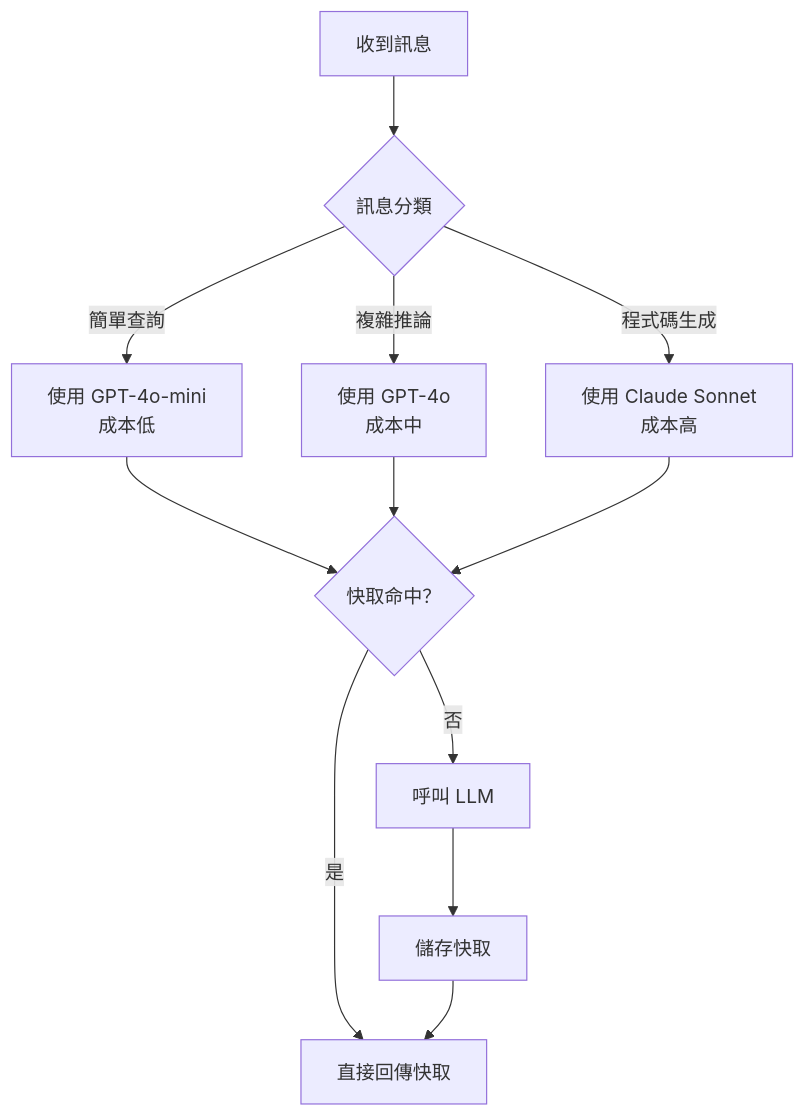
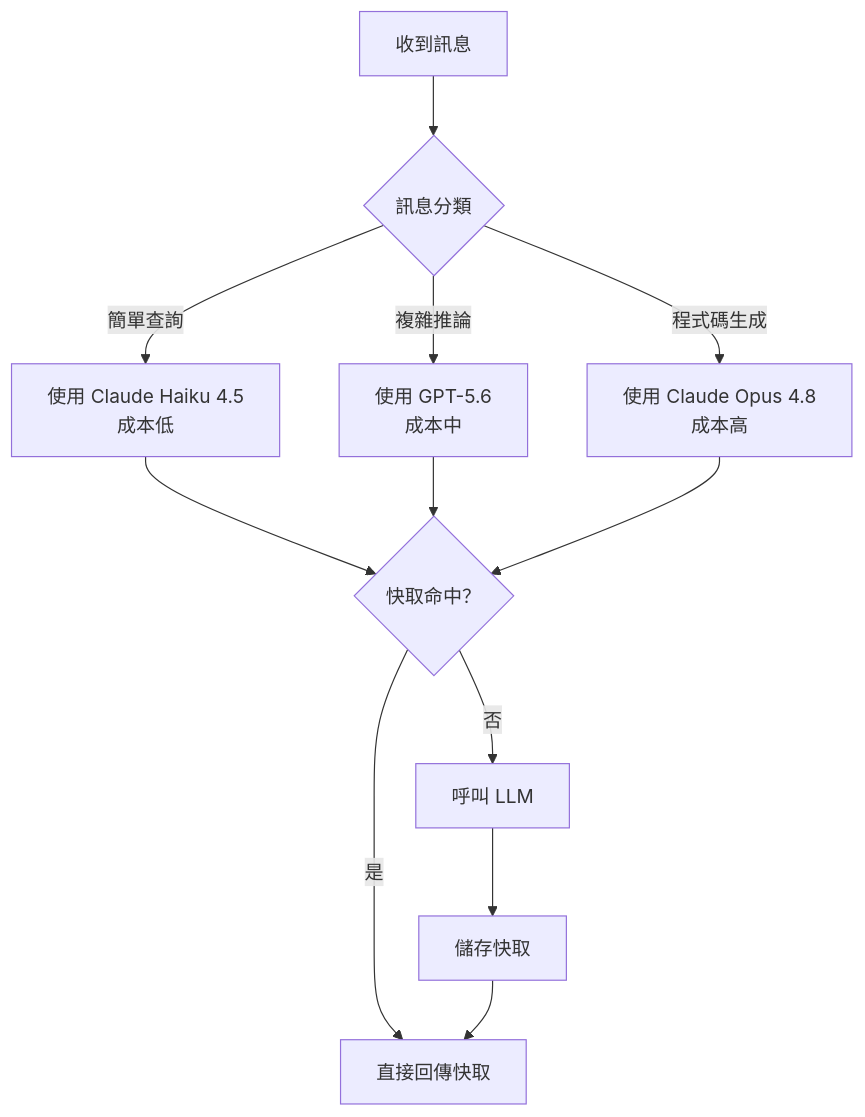
One commit to chihhung/Blog changed diagram 29 of 51 in content/posts/教學/AI開發/OpenClaw生態系教學手冊.md. Above: the diagram before and after it, drawn with Mermaid. The commit also changed other lines of this file and 6 other files, not shown here.

````diff
--- a/content/posts/教學/AI開發/OpenClaw生態系教學手冊.md
+++ b/content/posts/教學/AI開發/OpenClaw生態系教學手冊.md
@@ -5097,16 +5132,16 @@
 ```mermaid
 flowchart TD
     MSG[收到訊息] --> CLASSIFY{訊息分類}
-    CLASSIFY -->|簡單查詢| FAST[使用 GPT-4o-mini<br>成本低]
-    CLASSIFY -->|複雜推論| FULL[使用 GPT-4o<br>成本中]
-    CLASSIFY -->|程式碼生成| REASON[使用 Claude Sonnet<br>成本高]
+    CLASSIFY -->|簡單查詢| FAST[使用 Claude Haiku 4.5<br>成本低]
+    CLASSIFY -->|複雜推論| FULL[使用 GPT-5.6<br>成本中]
+    CLASSIFY -->|程式碼生成| REASON[使用 Claude Opus 4.8<br>成本高]
     
     FAST --> CACHE{快取命中？}
     FULL --> CACHE
     REASON --> CACHE
     
     CACHE -->|是| RETURN[直接回傳快取]
     CACHE -->|否| LLM[呼叫 LLM]
     LLM --> STORE[儲存快取]
     STORE --> RETURN
 ```
````
